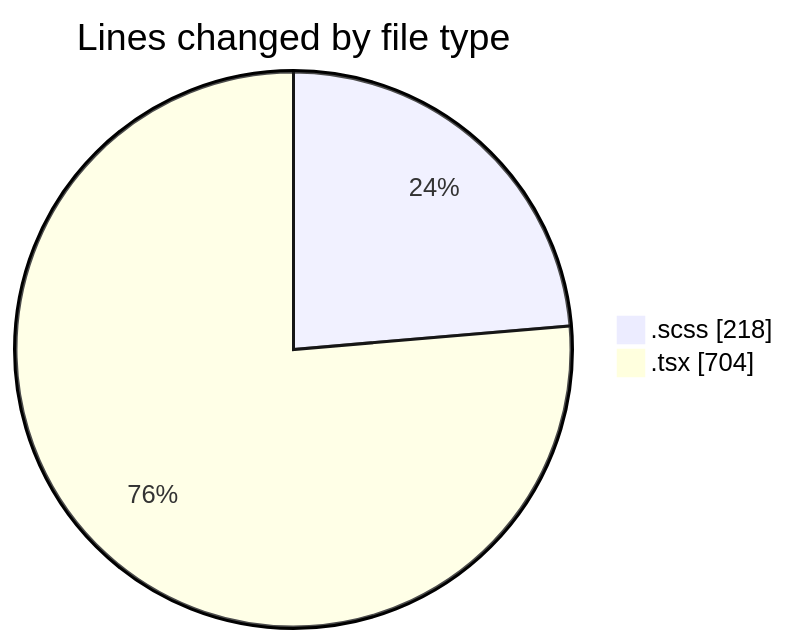
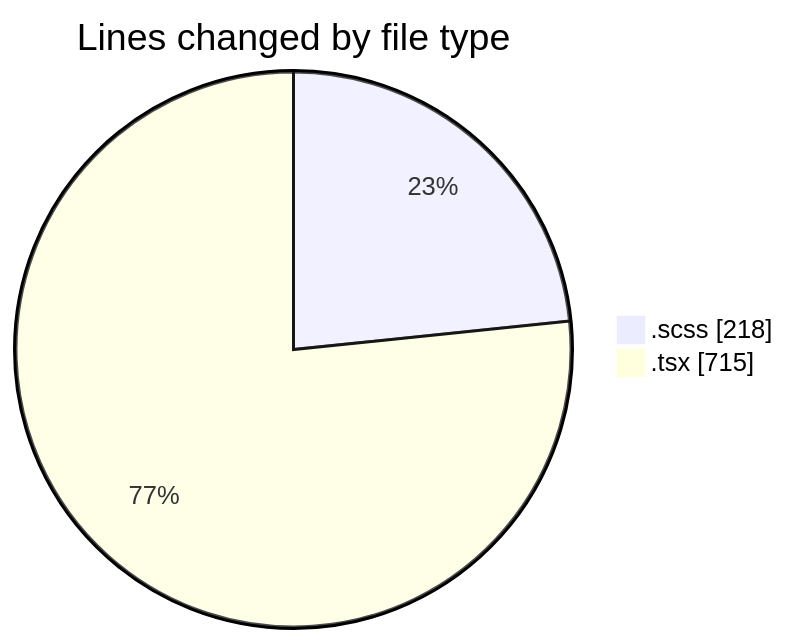
One commit to momahboobian/code-tracking changed the first of 2 diagrams in 2025-03-28/cda/README.md. Above: the diagram before and after it, drawn with Mermaid. The commit also changed other lines of this file and 1 other file, not shown here.

````diff
--- a/2025-03-28/cda/README.md
+++ b/2025-03-28/cda/README.md
@@ -23,6 +23,6 @@
 ```mermaid
 pie showData
 title Lines changed by file type
 ".scss" : 218
-".tsx" : 704
+".tsx" : 715
 ```
````
